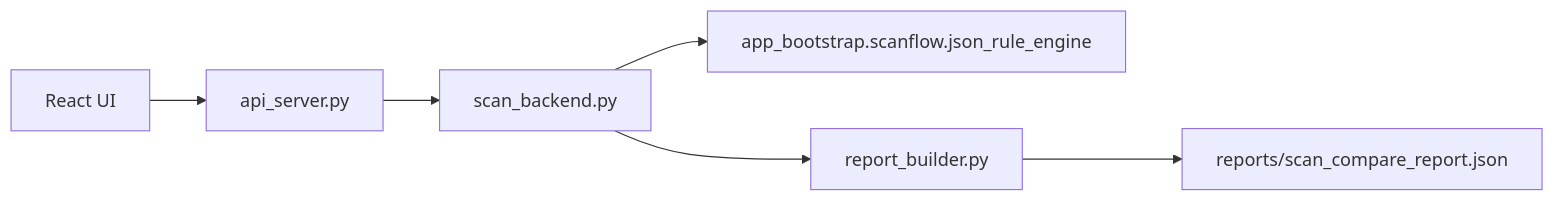
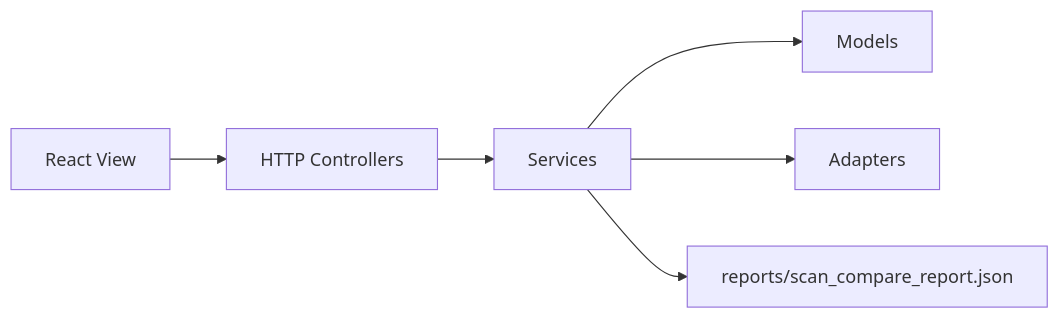
The diagram in README.md (ntrutuo1/VulnMngSys), drawn with Mermaid before and after one commit. The commit also changed other lines of this file and 347 other files, not shown here.

````diff
--- a/README.md
+++ b/README.md
@@ -17,8 +29,8 @@
 ```mermaid
 flowchart LR
-  UI[React UI] --> API[api_server.py]
-  API --> Scan[scan_backend.py]
-  Scan --> Eng[app_bootstrap.scanflow.json_rule_engine]
-  Scan --> Cmp[report_builder.py]
-  Cmp --> Report[reports/scan_compare_report.json]
+  View[React View] --> Controller[HTTP Controllers]
+  Controller --> Service[Services]
+  Service --> Model[Models]
+  Service --> Adapter[Adapters]
+  Service --> Report[reports/scan_compare_report.json]
 ```
````
